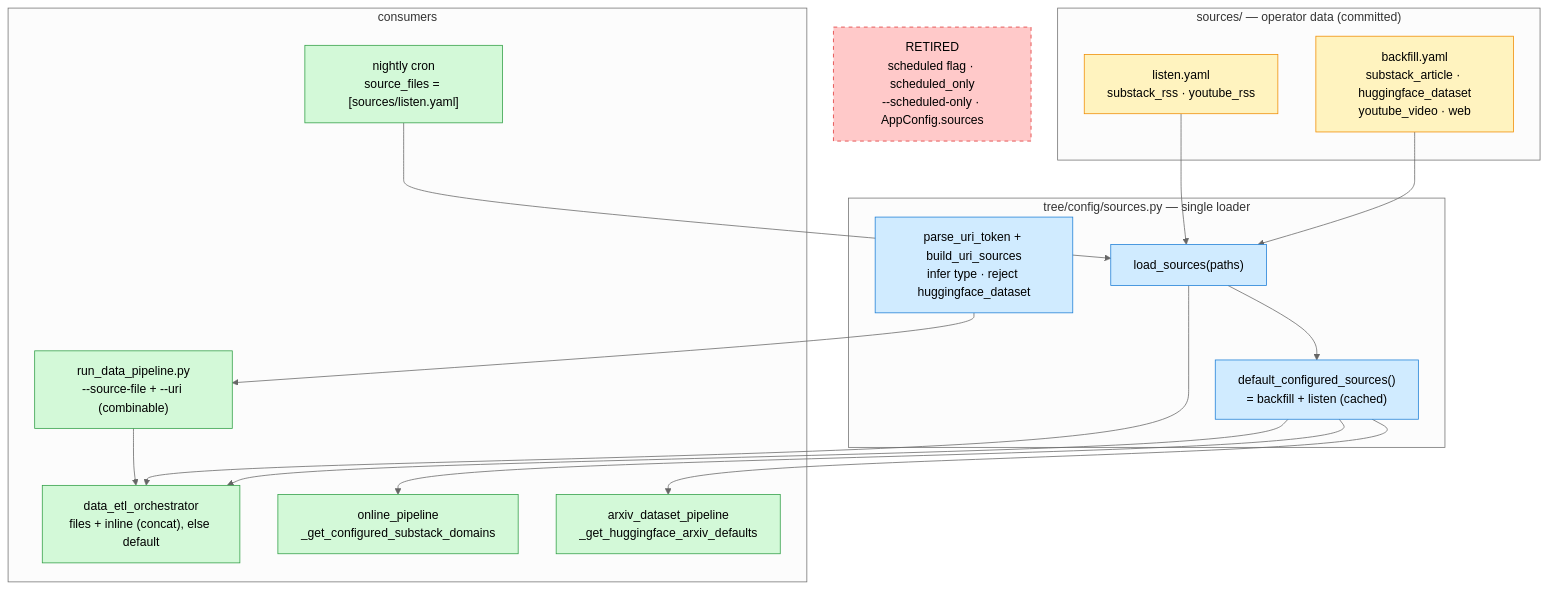
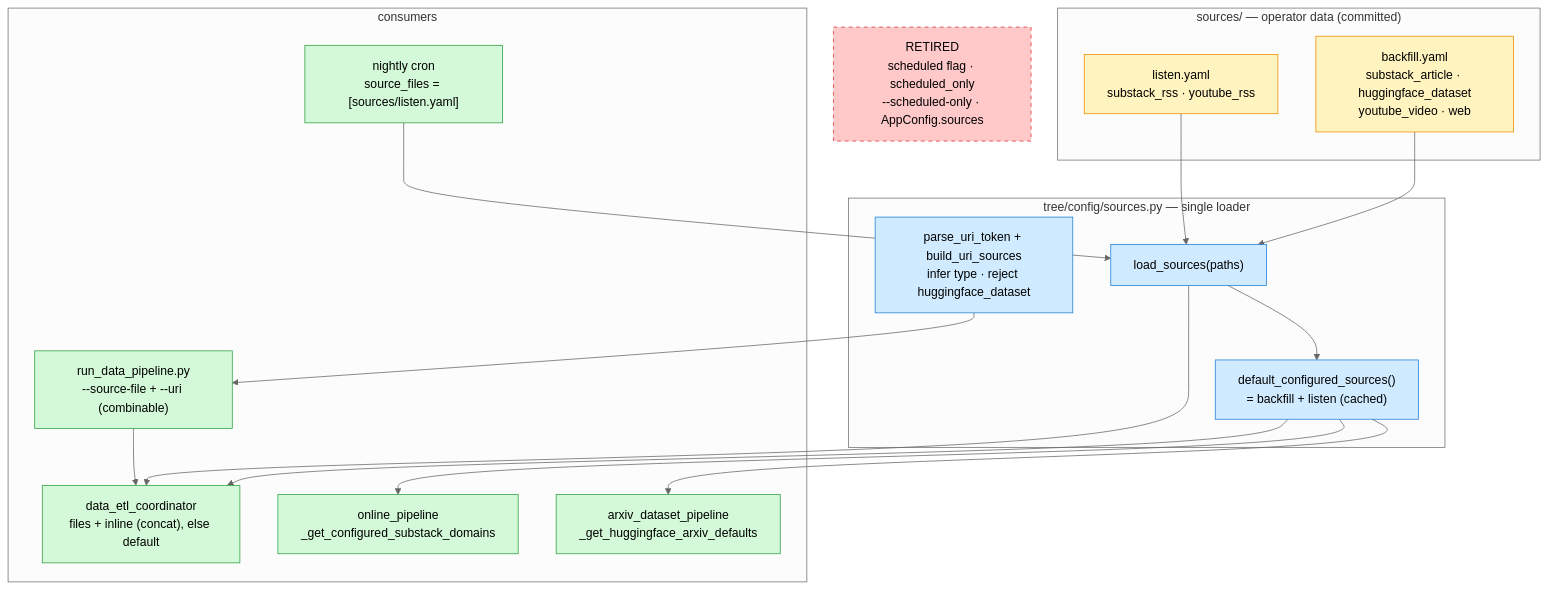
The diagram in docs/adrs/003_source_definitions_as_operator_data.md (iusztinpaul/building-agentic-systems), drawn with Mermaid (neutral theme) before and after one commit. The commit also changed other lines of this file and 35 other files, not shown here.

````diff
--- a/docs/adrs/003_source_definitions_as_operator_data.md
+++ b/docs/adrs/003_source_definitions_as_operator_data.md
@@ -78,44 +78,44 @@
 ```mermaid
 flowchart TD
     subgraph data["sources/ — operator data (committed)"]
         BF["backfill.yaml<br/>substack_article · huggingface_dataset<br/>youtube_video · web"]
         LS["listen.yaml<br/>substack_rss · youtube_rss"]
     end
 
     subgraph loader["tree/config/sources.py — single loader"]
         LSF["load_sources(paths)"]
         DEF["default_configured_sources()<br/>= backfill + listen (cached)"]
         BU["parse_uri_token + build_uri_sources<br/>infer type · reject huggingface_dataset"]
     end
 
     subgraph consumers["consumers"]
-        ORCH["data_etl_orchestrator<br/>files + inline (concat), else default"]
+        ORCH["data_etl_coordinator<br/>files + inline (concat), else default"]
         CRON["nightly cron<br/>source_files = [sources/listen.yaml]"]
         CLI["run_data_pipeline.py<br/>--source-file + --uri (combinable)"]
         ON["online_pipeline<br/>_get_configured_substack_domains"]
         HFC["arxiv_dataset_pipeline<br/>_get_huggingface_arxiv_defaults"]
     end
 
     RET["RETIRED<br/>scheduled flag · scheduled_only<br/>--scheduled-only · AppConfig.sources"]
 
     BF --> LSF
     LS --> LSF
     LSF --> DEF
     DEF --> ORCH
     DEF --> ON
     DEF --> HFC
     LSF --> ORCH
     CRON --> LSF
     BU --> CLI
     CLI --> ORCH
 
     classDef dataNode fill:#fff3bf,stroke:#f08c00,color:#000;
     classDef loaderNode fill:#d0ebff,stroke:#1c7ed6,color:#000;
     classDef consumerNode fill:#d3f9d8,stroke:#2f9e44,color:#000;
     classDef retiredNode fill:#ffc9c9,stroke:#e03131,color:#000,stroke-dasharray: 5 5;
 
     class BF,LS dataNode;
     class LSF,DEF,BU loaderNode;
     class ORCH,CRON,CLI,ON,HFC consumerNode;
     class RET retiredNode;
 ```
````
